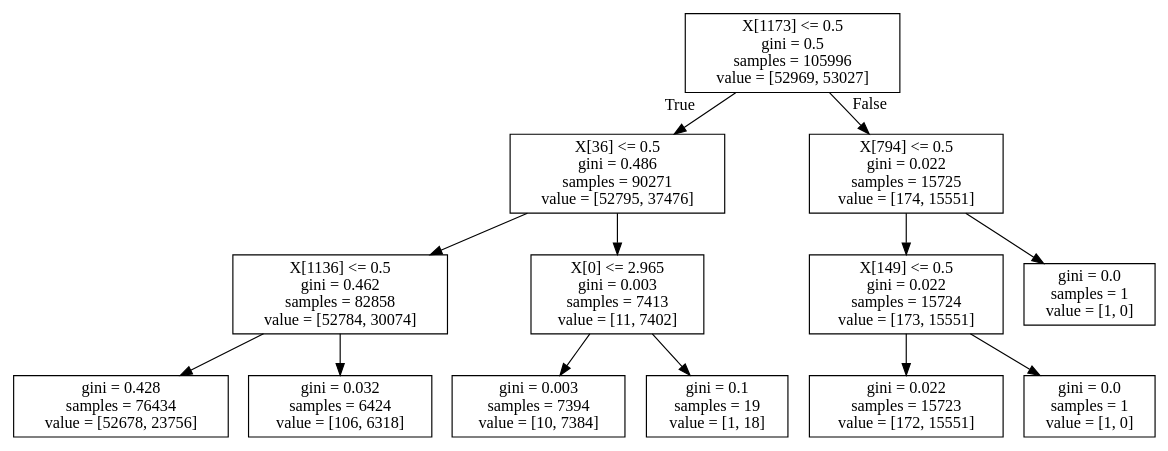
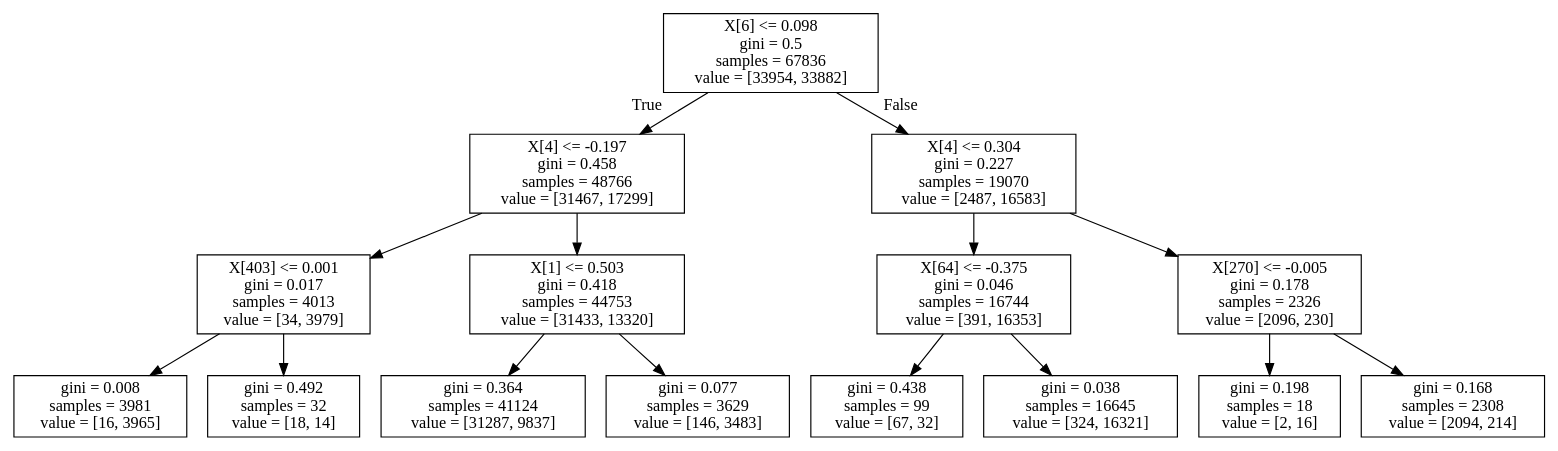
The diagram in Decision Tree/tree2.dot (leejong4414/CSE-546-Project), drawn with Graphviz before and after one commit. The commit also changed 19 other files, not shown here.

```diff
--- a/Decision Tree/tree2.dot
+++ b/Decision Tree/tree2.dot
@@ -1,28 +1,32 @@
 digraph Tree {
 node [shape=box] ;
-0 [label="X[1173] <= 0.5\ngini = 0.5\nsamples = 105996\nvalue = [52969, 53027]"] ;
-1 [label="X[36] <= 0.5\ngini = 0.486\nsamples = 90271\nvalue = [52795, 37476]"] ;
+0 [label="X[6] <= 0.098\ngini = 0.5\nsamples = 67836\nvalue = [33954, 33882]"] ;
+1 [label="X[4] <= -0.197\ngini = 0.458\nsamples = 48766\nvalue = [31467, 17299]"] ;
 0 -> 1 [labeldistance=2.5, labelangle=45, headlabel="True"] ;
-2 [label="X[1136] <= 0.5\ngini = 0.462\nsamples = 82858\nvalue = [52784, 30074]"] ;
+2 [label="X[403] <= 0.001\ngini = 0.017\nsamples = 4013\nvalue = [34, 3979]"] ;
 1 -> 2 ;
-3 [label="gini = 0.428\nsamples = 76434\nvalue = [52678, 23756]"] ;
+3 [label="gini = 0.008\nsamples = 3981\nvalue = [16, 3965]"] ;
 2 -> 3 ;
-4 [label="gini = 0.032\nsamples = 6424\nvalue = [106, 6318]"] ;
+4 [label="gini = 0.492\nsamples = 32\nvalue = [18, 14]"] ;
 2 -> 4 ;
-5 [label="X[0] <= 2.965\ngini = 0.003\nsamples = 7413\nvalue = [11, 7402]"] ;
+5 [label="X[1] <= 0.503\ngini = 0.418\nsamples = 44753\nvalue = [31433, 13320]"] ;
 1 -> 5 ;
-6 [label="gini = 0.003\nsamples = 7394\nvalue = [10, 7384]"] ;
+6 [label="gini = 0.364\nsamples = 41124\nvalue = [31287, 9837]"] ;
 5 -> 6 ;
-7 [label="gini = 0.1\nsamples = 19\nvalue = [1, 18]"] ;
+7 [label="gini = 0.077\nsamples = 3629\nvalue = [146, 3483]"] ;
 5 -> 7 ;
-8 [label="X[794] <= 0.5\ngini = 0.022\nsamples = 15725\nvalue = [174, 15551]"] ;
+8 [label="X[4] <= 0.304\ngini = 0.227\nsamples = 19070\nvalue = [2487, 16583]"] ;
 0 -> 8 [labeldistance=2.5, labelangle=-45, headlabel="False"] ;
-9 [label="X[149] <= 0.5\ngini = 0.022\nsamples = 15724\nvalue = [173, 15551]"] ;
+9 [label="X[64] <= -0.375\ngini = 0.046\nsamples = 16744\nvalue = [391, 16353]"] ;
 8 -> 9 ;
-10 [label="gini = 0.022\nsamples = 15723\nvalue = [172, 15551]"] ;
+10 [label="gini = 0.438\nsamples = 99\nvalue = [67, 32]"] ;
 9 -> 10 ;
-11 [label="gini = 0.0\nsamples = 1\nvalue = [1, 0]"] ;
+11 [label="gini = 0.038\nsamples = 16645\nvalue = [324, 16321]"] ;
 9 -> 11 ;
-12 [label="gini = 0.0\nsamples = 1\nvalue = [1, 0]"] ;
+12 [label="X[270] <= -0.005\ngini = 0.178\nsamples = 2326\nvalue = [2096, 230]"] ;
 8 -> 12 ;
+13 [label="gini = 0.198\nsamples = 18\nvalue = [2, 16]"] ;
+12 -> 13 ;
+14 [label="gini = 0.168\nsamples = 2308\nvalue = [2094, 214]"] ;
+12 -> 14 ;
 }
```
